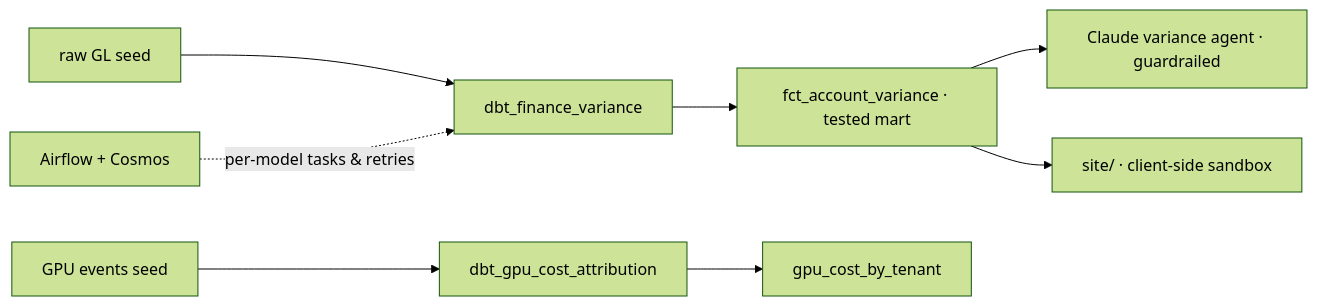
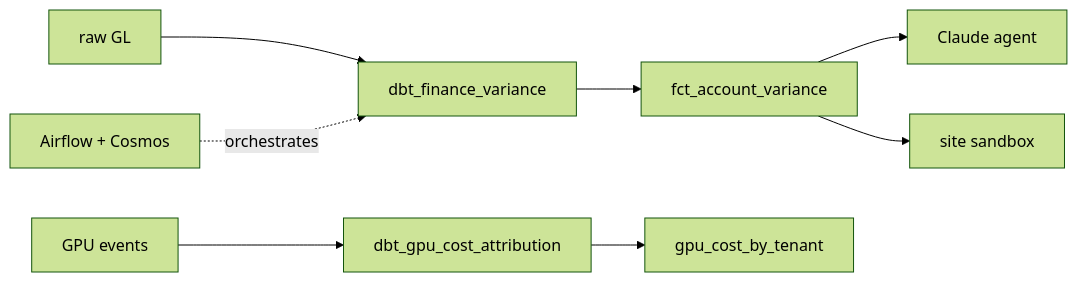
One commit to tjaiyensterling-debug/tj-finance-portfolio changed the diagram in decks/portfolio-overview.qmd. Above: the diagram before and after it, drawn with Mermaid (forest theme). The commit also changed 2 other files, not shown here.

Commit message:
decks: fix Mermaid node-label overflow (shorten labels + contain SVG)
Long "· description" node labels overflowed their boxes in the flow diagrams. Shorten node
labels to concise names (descriptions already live in the slide prose); add a theme rule to
center and contain mermaid SVGs (max-width/height) so a diagram can never exceed the slide.

````diff
--- a/decks/portfolio-overview.qmd
+++ b/decks/portfolio-overview.qmd
@@ -41,9 +41,9 @@
 ```{mermaid}
 flowchart LR
-  G[raw GL seed] --> V[dbt_finance_variance]
-  V --> M[fct_account_variance · tested mart]
-  A[Airflow + Cosmos] -.per-model tasks & retries.-> V
-  M --> C[Claude variance agent · guardrailed]
-  P[GPU events seed] --> X[dbt_gpu_cost_attribution] --> T[gpu_cost_by_tenant]
-  M --> S[site/ · client-side sandbox]
+  G[raw GL] --> V[dbt_finance_variance]
+  V --> M[fct_account_variance]
+  A[Airflow + Cosmos] -.->|orchestrates| V
+  M --> C[Claude agent]
+  P[GPU events] --> X[dbt_gpu_cost_attribution] --> T[gpu_cost_by_tenant]
+  M --> S[site sandbox]
 ```
````
